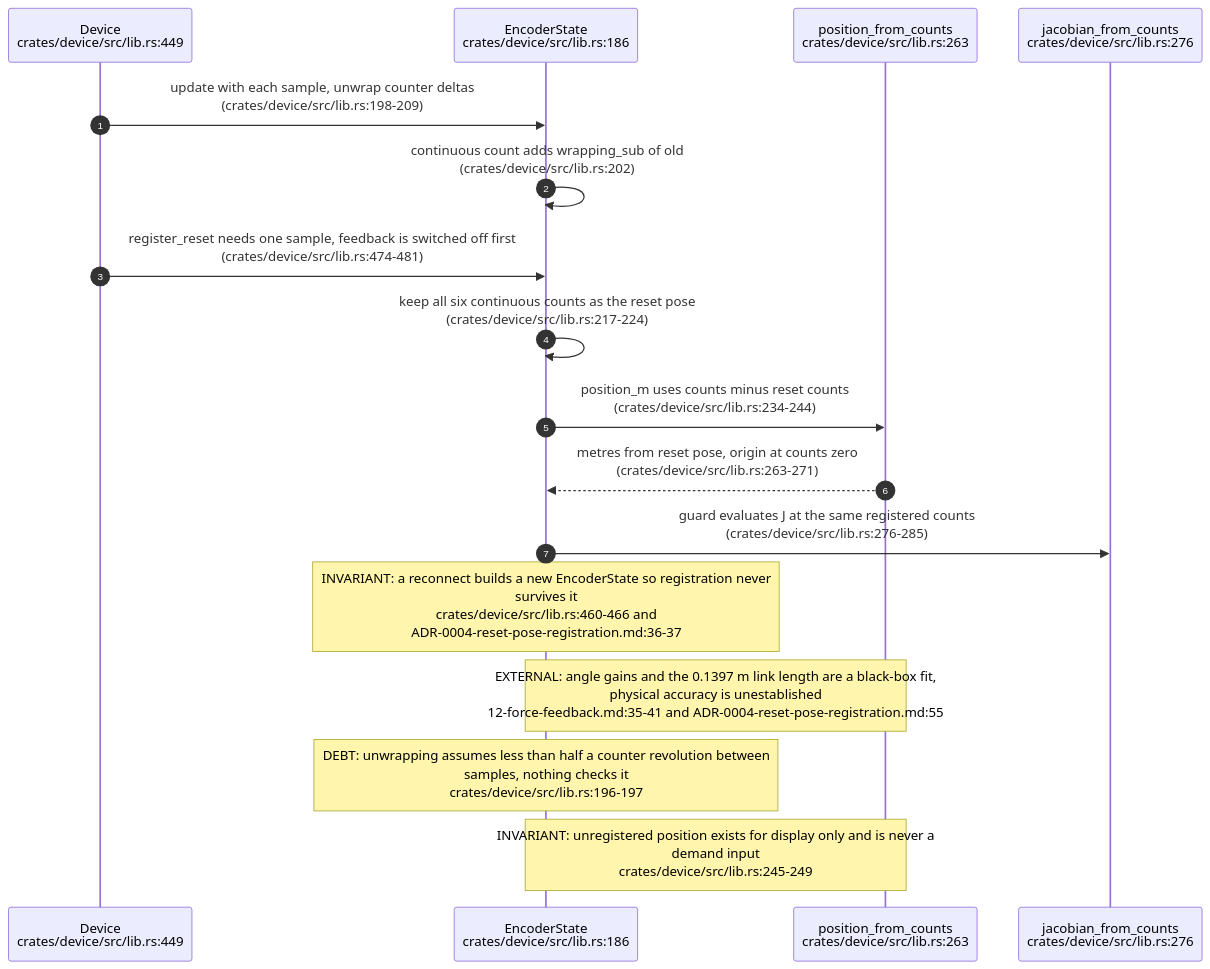
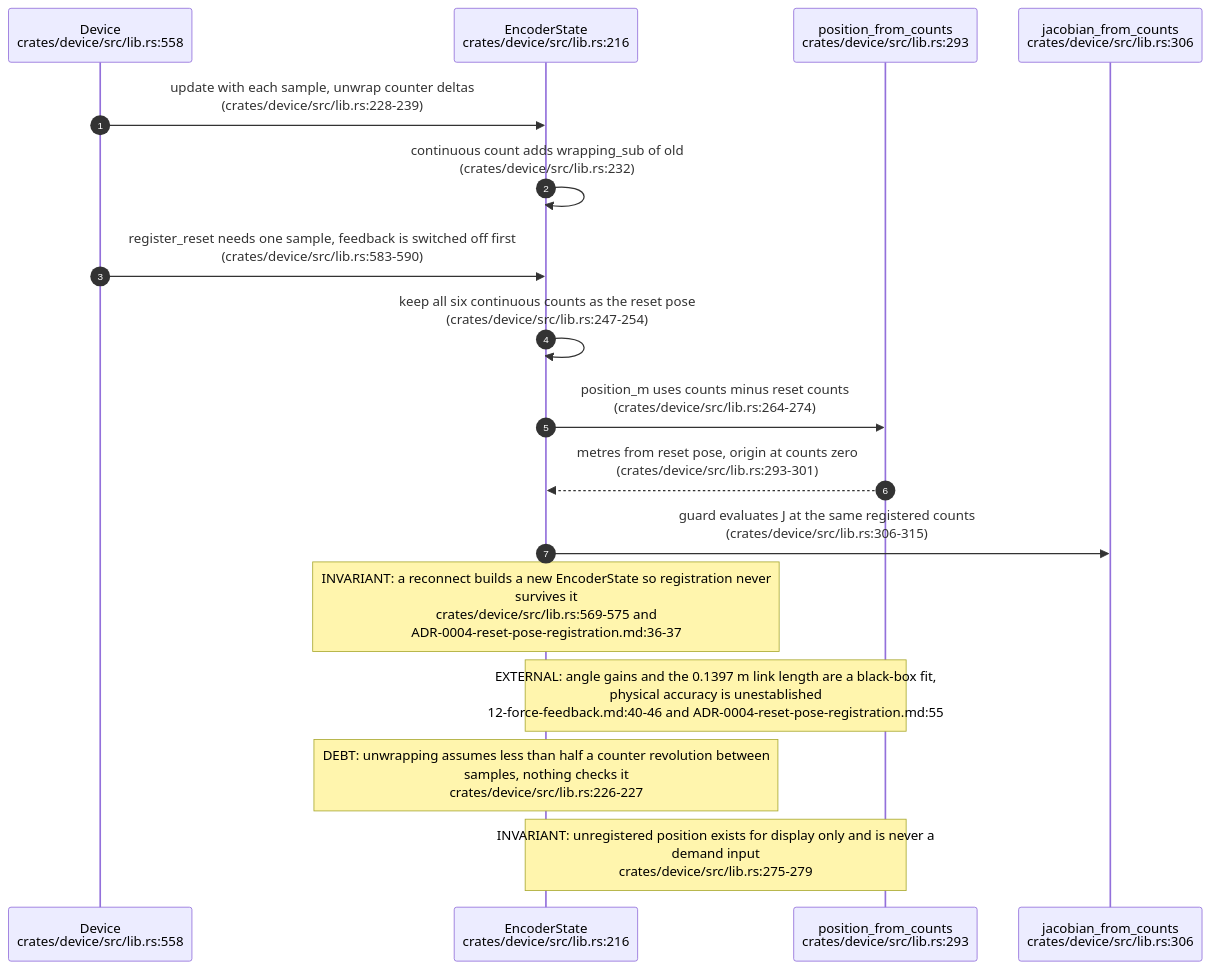
Before and after one commit to DreamLab-AI/VisionFlow: the second of 5 diagrams in docs/diagrams/visiontouch-rs/03-device-sdk-and-force-guard.md, drawn with Mermaid. The commit also changed other lines of this file and 36 other files, not shown here.

First line of the commit message:
docs(diagrams): re-derive and re-stamp agentbox, dream-engine, visioncraft, visiontouch and vowl topics; drop LAN addresses

````diff
--- a/docs/diagrams/visiontouch-rs/03-device-sdk-and-force-guard.md
+++ b/docs/diagrams/visiontouch-rs/03-device-sdk-and-force-guard.md
@@ -66,19 +66,19 @@
 ```mermaid
 sequenceDiagram
     autonumber
-    participant DV as Device<br/>crates/device/src/lib.rs:449
-    participant ES as EncoderState<br/>crates/device/src/lib.rs:186
-    participant PS as position_from_counts<br/>crates/device/src/lib.rs:263
-    participant JC as jacobian_from_counts<br/>crates/device/src/lib.rs:276
-    DV->>ES: update with each sample, unwrap counter deltas<br/>(crates/device/src/lib.rs:198-209)
-    ES->>ES: continuous count adds wrapping_sub of old<br/>(crates/device/src/lib.rs:202)
-    DV->>ES: register_reset needs one sample, feedback is switched off first<br/>(crates/device/src/lib.rs:474-481)
-    ES->>ES: keep all six continuous counts as the reset pose<br/>(crates/device/src/lib.rs:217-224)
-    ES->>PS: position_m uses counts minus reset counts<br/>(crates/device/src/lib.rs:234-244)
-    PS-->>ES: metres from reset pose, origin at counts zero<br/>(crates/device/src/lib.rs:263-271)
-    ES->>JC: guard evaluates J at the same registered counts<br/>(crates/device/src/lib.rs:276-285)
-    Note over ES: INVARIANT: a reconnect builds a new EncoderState so registration never<br/>survives it<br/>crates/device/src/lib.rs:460-466 and<br/>ADR-0004-reset-pose-registration.md:36-37
-    Note over ES,PS: EXTERNAL: angle gains and the 0.1397 m link length are a black-box fit,<br/>physical accuracy is unestablished<br/>12-force-feedback.md:35-41 and ADR-0004-reset-pose-registration.md:55
-    Note over ES: DEBT: unwrapping assumes less than half a counter revolution between<br/>samples, nothing checks it<br/>crates/device/src/lib.rs:196-197
-    Note over ES,PS: INVARIANT: unregistered position exists for display only and is never a<br/>demand input<br/>crates/device/src/lib.rs:245-249
+    participant DV as Device<br/>crates/device/src/lib.rs:558
+    participant ES as EncoderState<br/>crates/device/src/lib.rs:216
+    participant PS as position_from_counts<br/>crates/device/src/lib.rs:293
+    participant JC as jacobian_from_counts<br/>crates/device/src/lib.rs:306
+    DV->>ES: update with each sample, unwrap counter deltas<br/>(crates/device/src/lib.rs:228-239)
+    ES->>ES: continuous count adds wrapping_sub of old<br/>(crates/device/src/lib.rs:232)
+    DV->>ES: register_reset needs one sample, feedback is switched off first<br/>(crates/device/src/lib.rs:583-590)
+    ES->>ES: keep all six continuous counts as the reset pose<br/>(crates/device/src/lib.rs:247-254)
+    ES->>PS: position_m uses counts minus reset counts<br/>(crates/device/src/lib.rs:264-274)
+    PS-->>ES: metres from reset pose, origin at counts zero<br/>(crates/device/src/lib.rs:293-301)
+    ES->>JC: guard evaluates J at the same registered counts<br/>(crates/device/src/lib.rs:306-315)
+    Note over ES: INVARIANT: a reconnect builds a new EncoderState so registration never<br/>survives it<br/>crates/device/src/lib.rs:569-575 and<br/>ADR-0004-reset-pose-registration.md:36-37
+    Note over ES,PS: EXTERNAL: angle gains and the 0.1397 m link length are a black-box fit,<br/>physical accuracy is unestablished<br/>12-force-feedback.md:40-46 and ADR-0004-reset-pose-registration.md:55
+    Note over ES: DEBT: unwrapping assumes less than half a counter revolution between<br/>samples, nothing checks it<br/>crates/device/src/lib.rs:226-227
+    Note over ES,PS: INVARIANT: unregistered position exists for display only and is never a<br/>demand input<br/>crates/device/src/lib.rs:275-279
 ```
````
